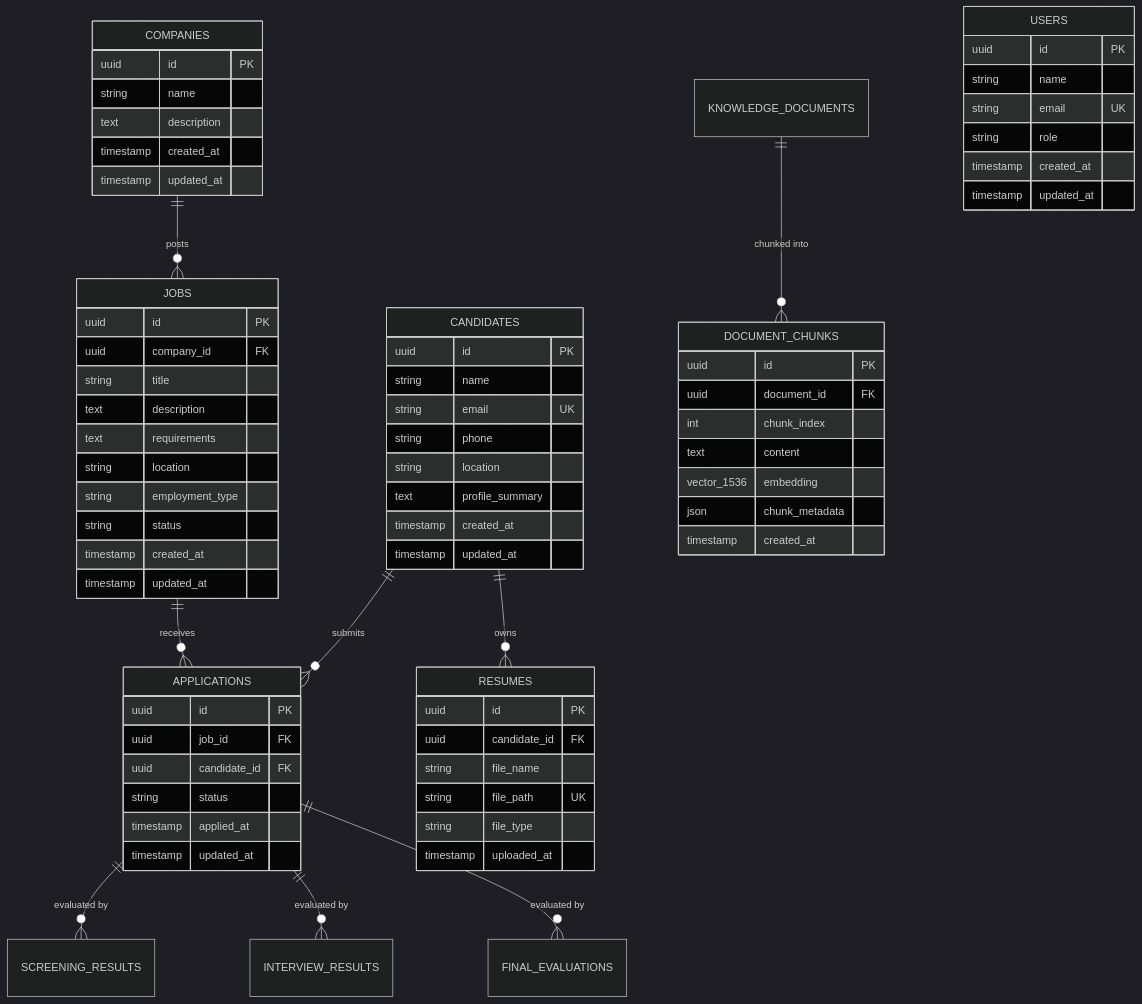
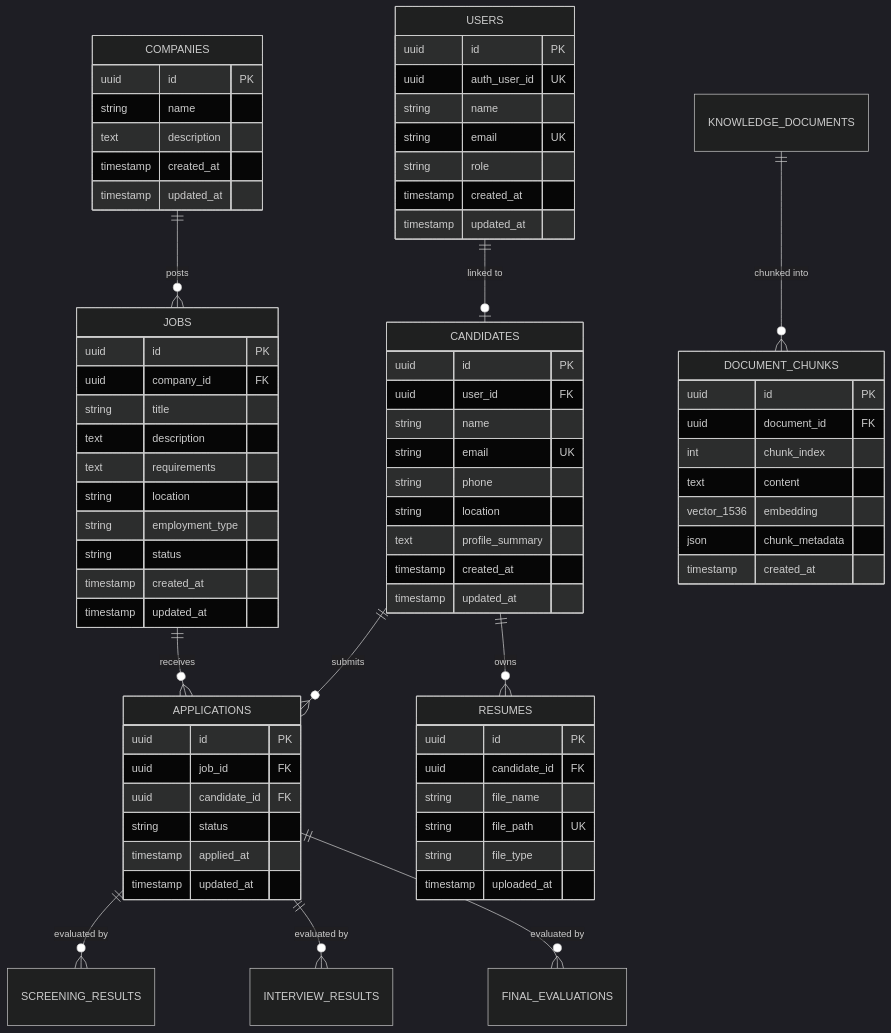
The diagram in README.md (ps-rakshit-kashyap/L3-Project), drawn with Mermaid (dark theme) before and after one commit. The commit also changed other lines of this file and 32 other files, not shown here.

````diff
--- a/README.md
+++ b/README.md
@@ -31,5 +73,6 @@
 ```mermaid
 erDiagram
+    USERS ||--o| CANDIDATES : "linked to"
     COMPANIES ||--o{ JOBS : "posts"
     JOBS ||--o{ APPLICATIONS : "receives"
     CANDIDATES ||--o{ APPLICATIONS : "submits"
@@ -41,6 +84,7 @@
 
     USERS {
         uuid id PK
+        uuid auth_user_id UK
         string name
         string email UK
         string role
@@ -71,6 +115,7 @@
 
     CANDIDATES {
         uuid id PK
+        uuid user_id FK
         string name
         string email UK
         string phone
````
